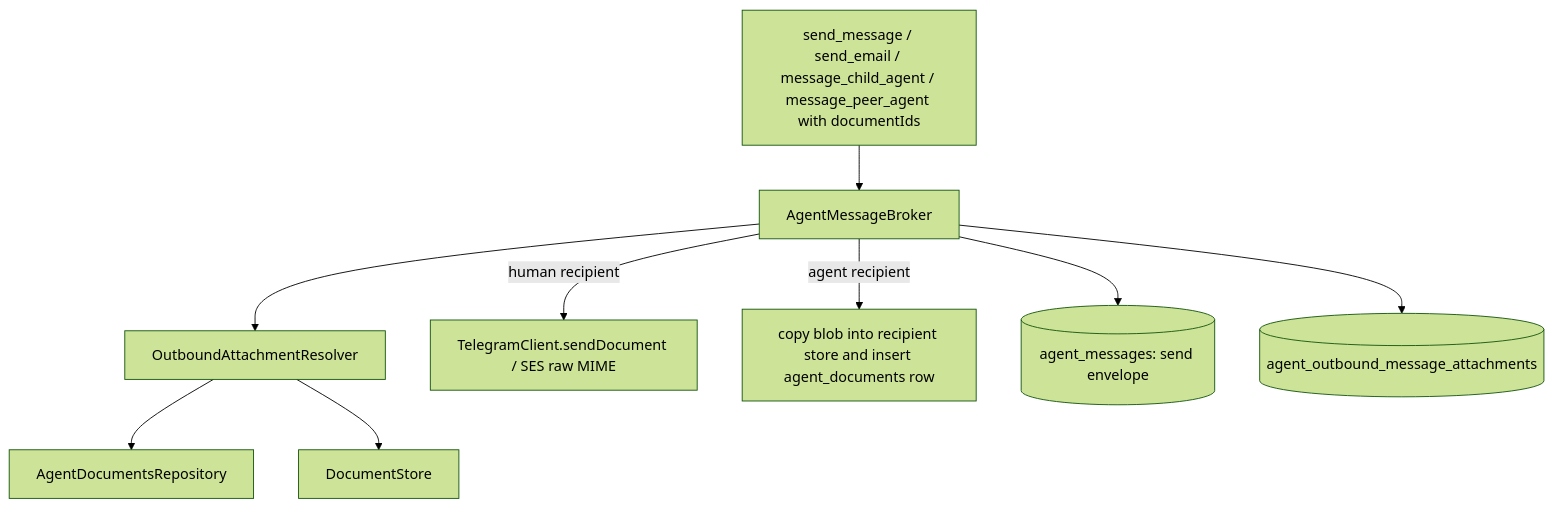
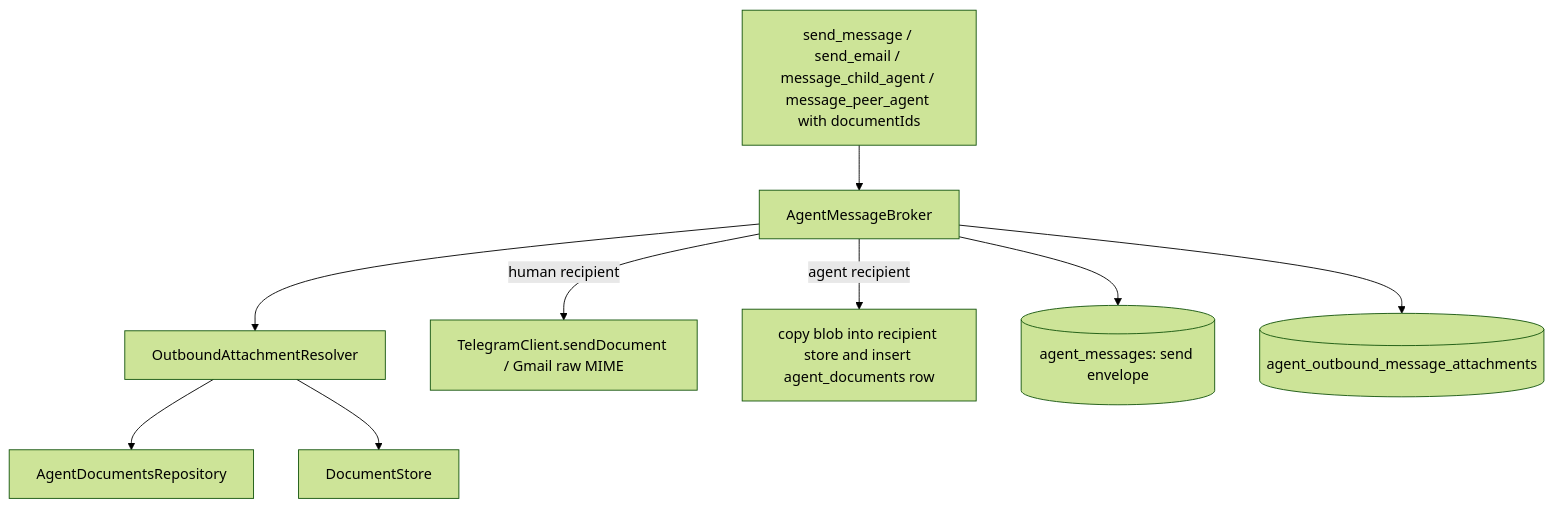
One commit to poshjosh/herobids changed the diagram in docs/features/2026/11/24/agent-outbound-message-attachments/001-plan.md. Above: the diagram before and after it, drawn with Mermaid (forest theme). The commit also changed other lines of this file and 2 other files, not shown here.

First line of the commit message:
feat(email): attachments in Gmail raw MIME builder (item 6)

````diff
--- a/docs/features/2026/11/24/agent-outbound-message-attachments/001-plan.md
+++ b/docs/features/2026/11/24/agent-outbound-message-attachments/001-plan.md
@@ -127,13 +127,13 @@
 ```mermaid
 flowchart TD
     A[send_message / send_email / message_child_agent / message_peer_agent with documentIds] --> B[AgentMessageBroker]
     B --> C[OutboundAttachmentResolver]
     C --> D[AgentDocumentsRepository]
     C --> E[DocumentStore]
 
-    B -->|human recipient| F[TelegramClient.sendDocument / SES raw MIME]
+    B -->|human recipient| F[TelegramClient.sendDocument / Gmail raw MIME]
     B -->|agent recipient| G[copy blob into recipient store and insert agent_documents row]
 
     B --> H[(agent_messages: send envelope)]
     B --> I[(agent_outbound_message_attachments)]
 ```
````
